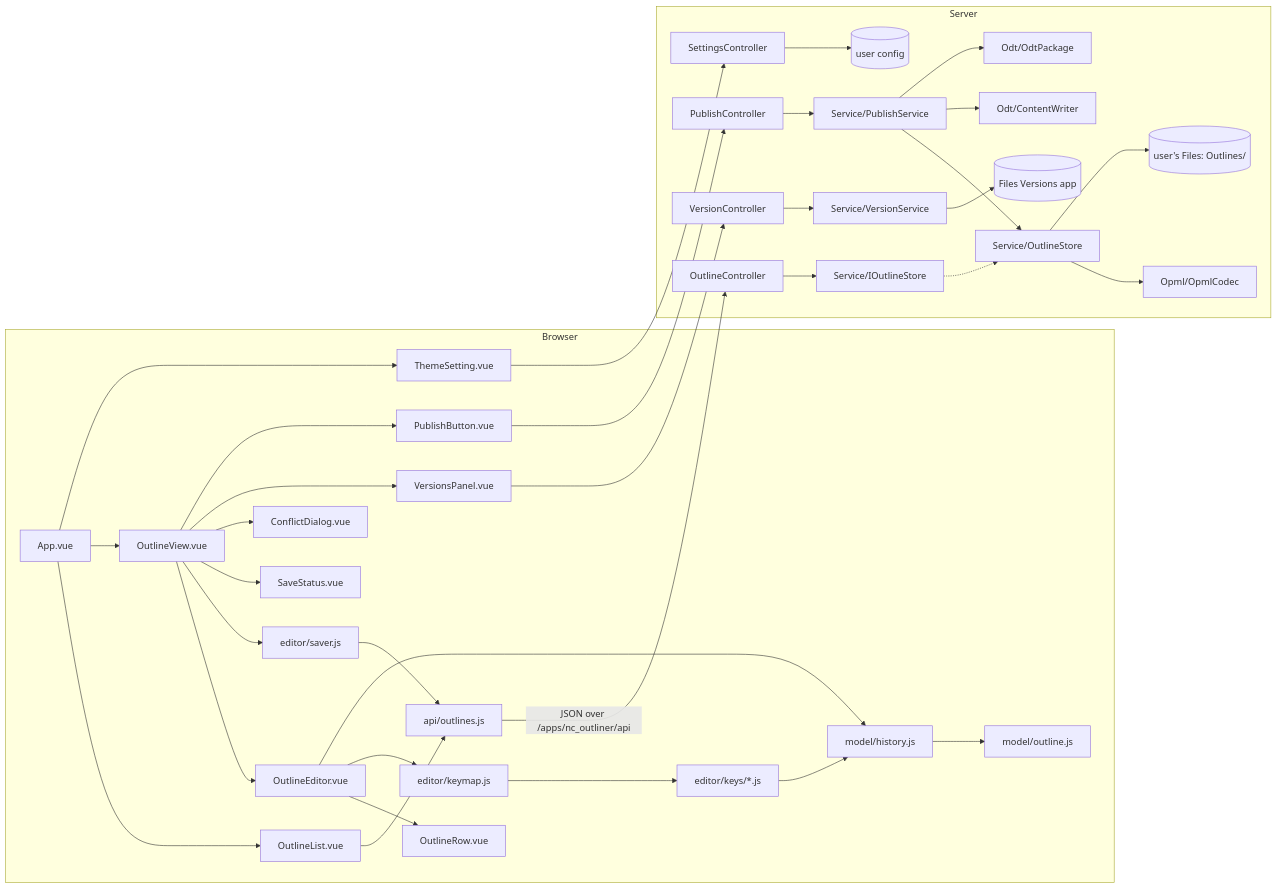
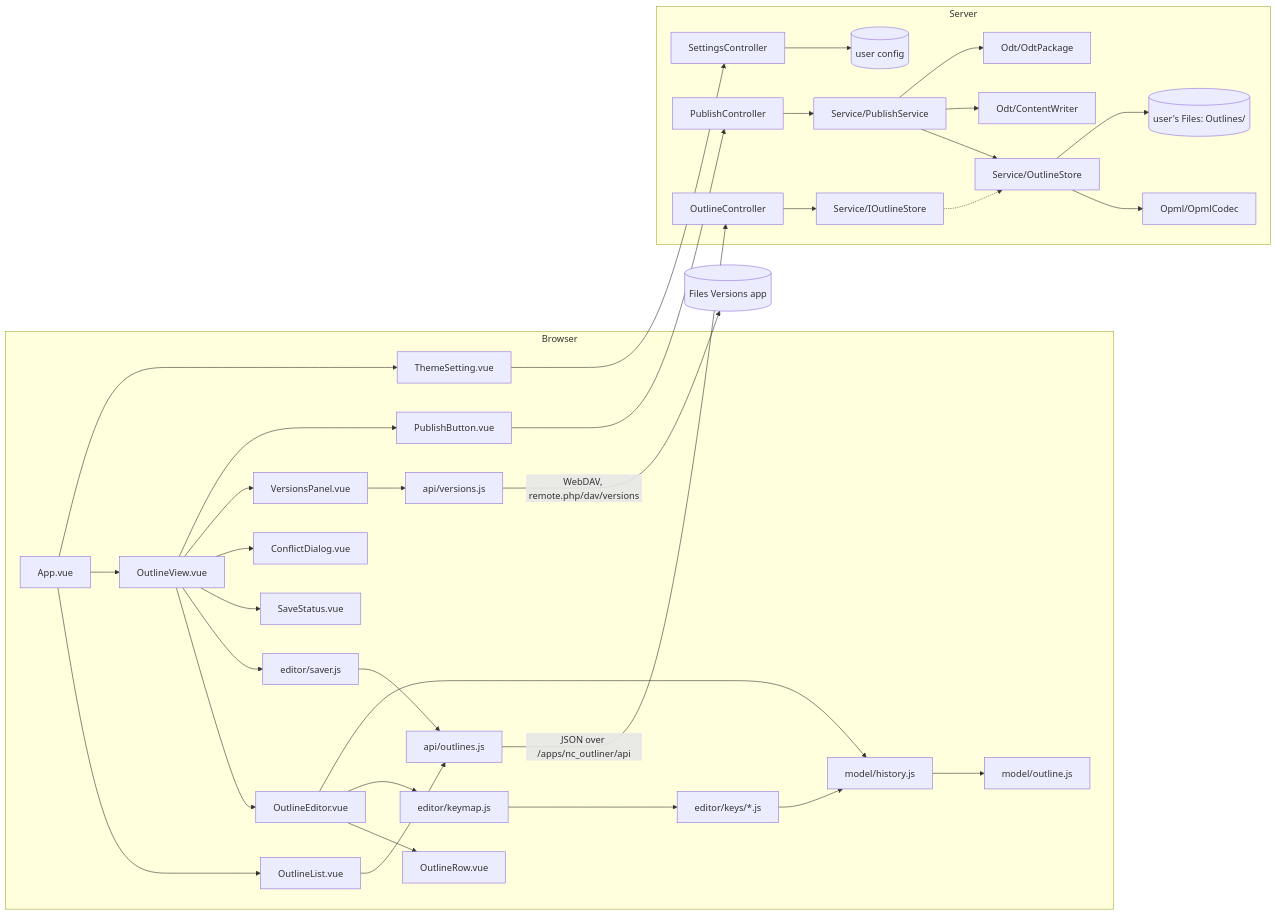
One commit to iannitram/nc-outliner changed the diagram in CODEMAP.md. Above: the diagram before and after it, drawn with Mermaid. The commit also changed other lines of this file and 4 other files, not shown here.

Commit message:
#4: I add the versions client (WebDAV, no server routes)

````diff
--- a/CODEMAP.md
+++ b/CODEMAP.md
@@ -46,39 +46,38 @@
 ```mermaid
 flowchart LR
     subgraph Browser
         App[App.vue] --> List[OutlineList.vue]
         App --> View[OutlineView.vue]
         View --> Editor[OutlineEditor.vue]
         Editor --> RowC[OutlineRow.vue]
         Editor --> Keymap[editor/keymap.js]
         Keymap --> Keys[editor/keys/*.js]
         Editor --> History[model/history.js]
         Keys --> History
         History --> Model[model/outline.js]
         View --> Saver[editor/saver.js]
         Saver --> Client[api/outlines.js]
         View --> Status[SaveStatus.vue]
         View --> Conflict[ConflictDialog.vue]
         View --> Versions[VersionsPanel.vue]
+        Versions --> VClient[api/versions.js]
         View --> Publish[PublishButton.vue]
         App --> Theme[ThemeSetting.vue]
         List --> Client
     end
     subgraph Server
         OC[OutlineController] --> IStore[Service/IOutlineStore]
         IStore -.-> Store[Service/OutlineStore]
         Store --> Codec[Opml/OpmlCodec]
         Store --> Files[(user's Files: Outlines/)]
         PC[PublishController] --> PS[Service/PublishService]
         PS --> Store
         PS --> Writer[Odt/ContentWriter]
         PS --> Pkg[Odt/OdtPackage]
-        VC[VersionController] --> VS[Service/VersionService]
-        VS --> FV[(Files Versions app)]
         SC[SettingsController] --> Cfg[(user config)]
     end
     Client -->|JSON over /apps/nc_outliner/api| OC
     Publish --> PC
-    Versions --> VC
     Theme --> SC
+    VClient -->|WebDAV, remote.php/dav/versions| FV[(Files Versions app)]
 ```
````
